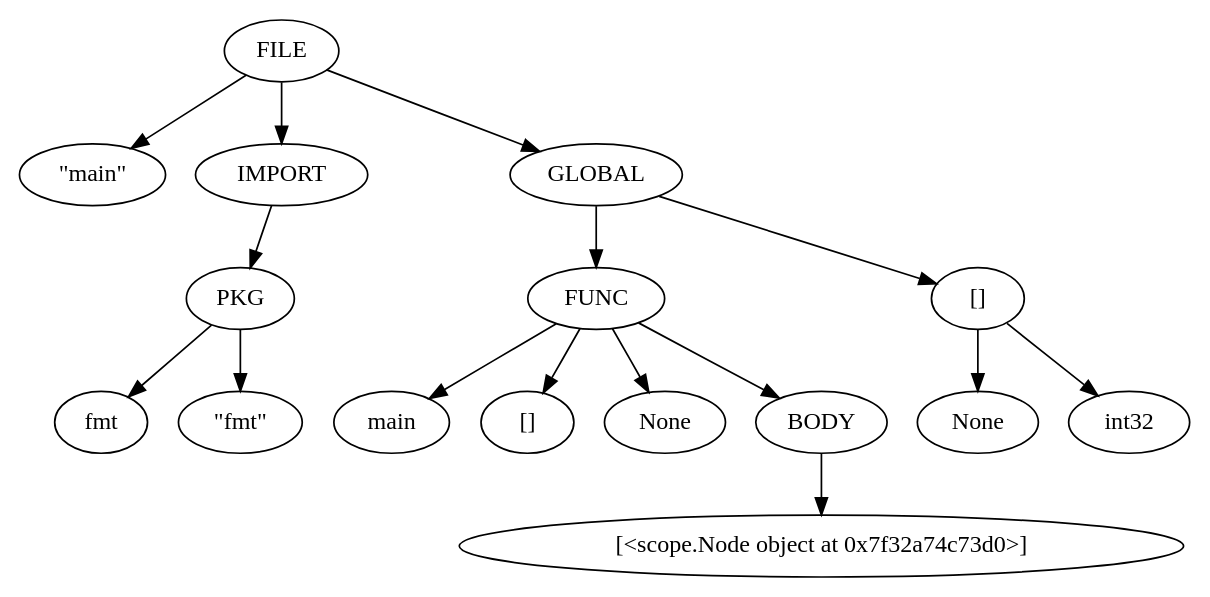
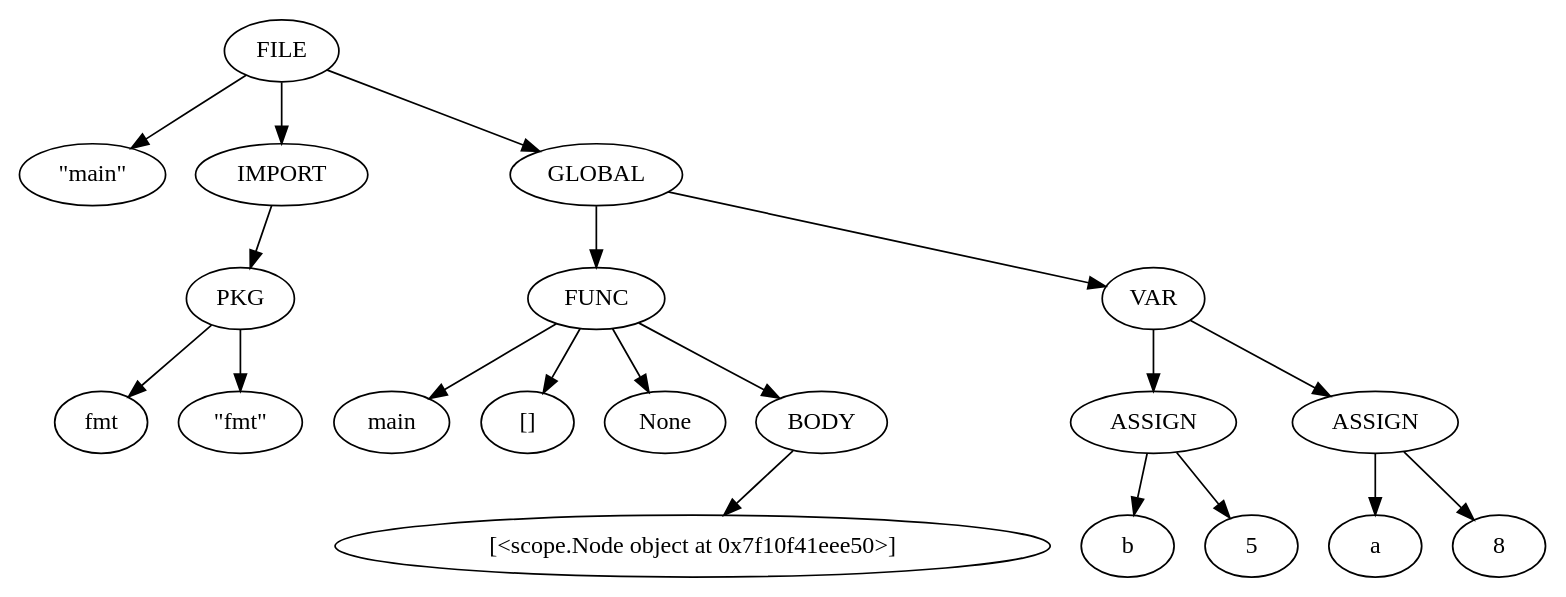
One commit to devanshusingla/GIPSC changed the diagram in test.dot. Above: the diagram before and after it, drawn with Graphviz. The commit also changed 8 other files, not shown here.

```diff
--- a/test.dot
+++ b/test.dot
@@ -1,18 +1,22 @@
 digraph G {
 	0 -> 1;
 	0 -> 2;
 	2 -> 3;
 	3 -> 4;
 	3 -> 5;
 	0 -> 6;
 	6 -> 7;
 	7 -> 8;
 	7 -> 9;
 	7 -> 10;
 	7 -> 11;
 	11 -> 12;
 	6 -> 13;
 	13 -> 14;
-	13 -> 15;
-	0 [label=FILE];	1 [label="\"main\""];	2 [label="IMPORT"];	3 [label="PKG"];	4 [label="fmt"];	5 [label="\"fmt\""];	6 [label="GLOBAL"];	7 [label="FUNC"];	8 [label="main"];	9 [label="[]"];	10 [label="None"];	11 [label="BODY"];	12 [label="[<scope.Node object at 0x7f32a74c73d0>]"];	13 [label="[]"];	14 [label="None"];	15 [label="int32"];
+	14 -> 15;
+	14 -> 16;
+	13 -> 17;
+	17 -> 18;
+	17 -> 19;
+	0 [label=FILE];	1 [label="\"main\""];	2 [label="IMPORT"];	3 [label="PKG"];	4 [label="fmt"];	5 [label="\"fmt\""];	6 [label="GLOBAL"];	7 [label="FUNC"];	8 [label="main"];	9 [label="[]"];	10 [label="None"];	11 [label="BODY"];	12 [label="[<scope.Node object at 0x7f10f41eee50>]"];	13 [label="VAR"];	14 [label="ASSIGN"];	15 [label="b"];	16 [label="5"];	17 [label="ASSIGN"];	18 [label="a"];	19 [label="8"];
 }
```
